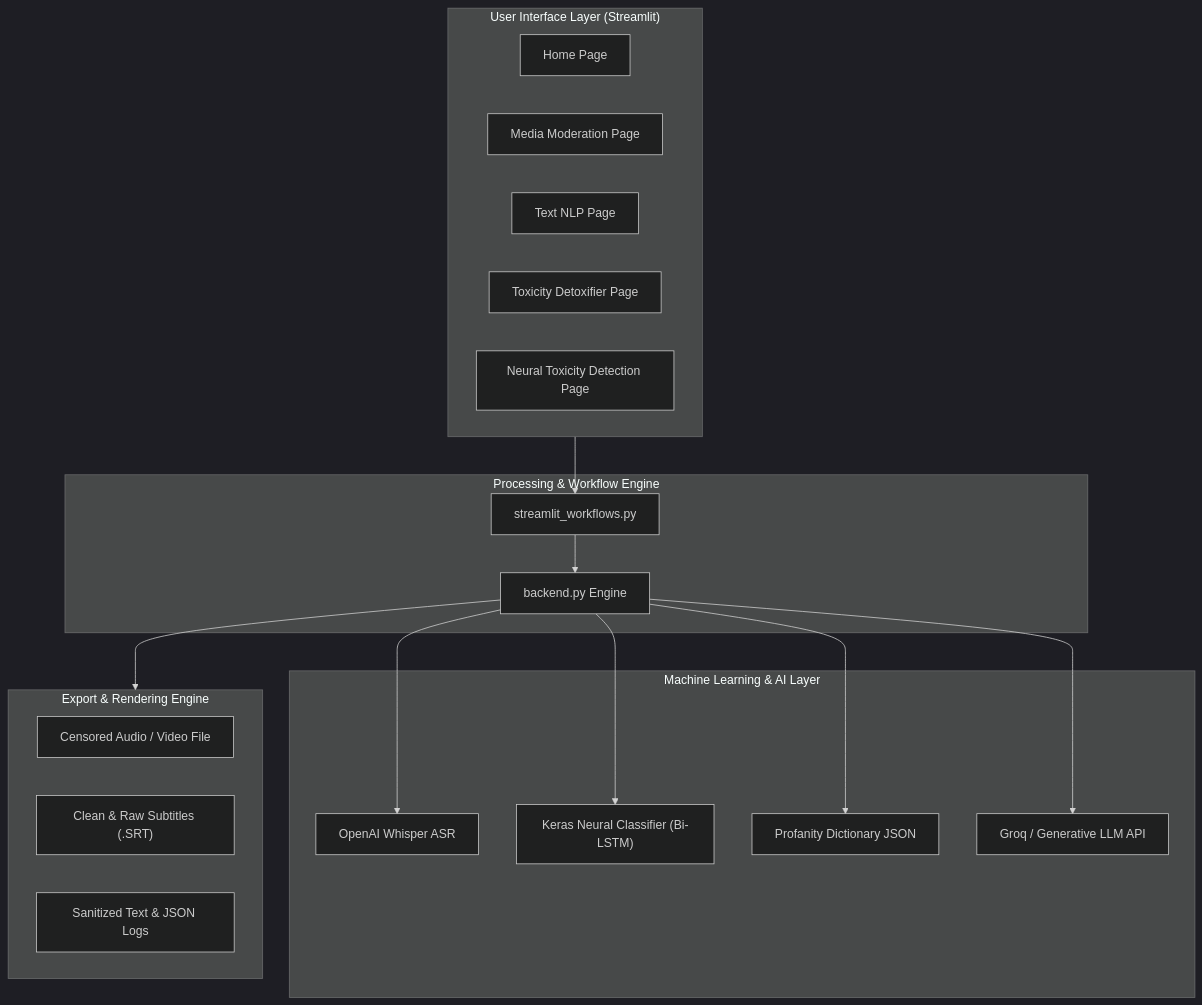
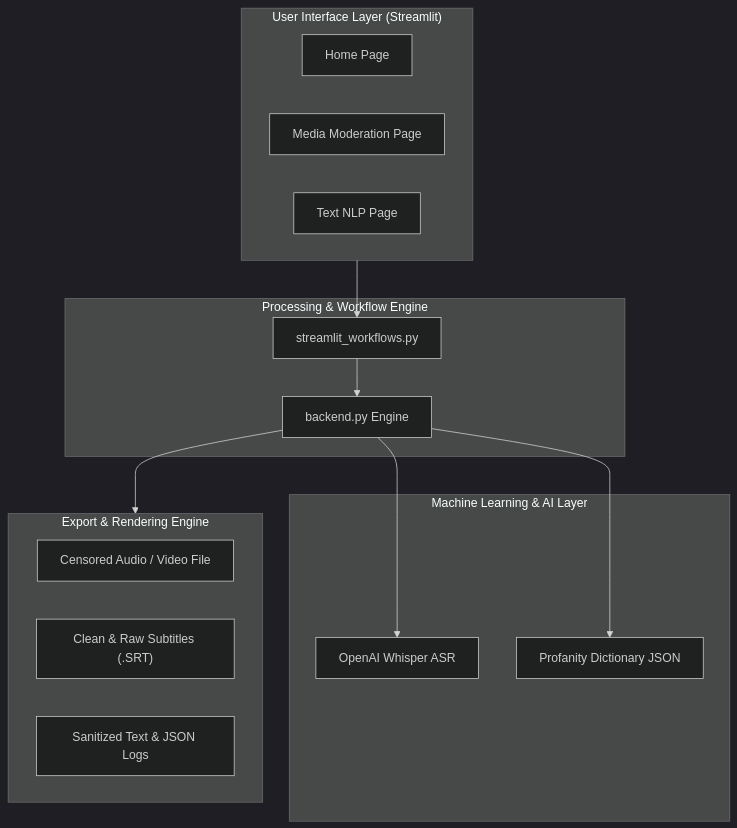
The diagram in README.md (engmohammedsobhy/profanity-cleaner), drawn with Mermaid (dark theme) before and after one commit. The commit also changed other lines of this file and 14 other files, not shown here.

````diff
--- a/README.md
+++ b/README.md
@@ -58,36 +42,30 @@
 ```mermaid
 flowchart TD
     subgraph UI ["User Interface Layer (Streamlit)"]
         Home["Home Page"]
         MediaUI["Media Moderation Page"]
         TextUI["Text NLP Page"]
-        DetoxUI["Toxicity Detoxifier Page"]
-        DetectUI["Neural Toxicity Detection Page"]
     end
 
     subgraph Core ["Processing & Workflow Engine"]
         Workflow["streamlit_workflows.py"]
         Backend["backend.py Engine"]
     end
 
     subgraph Models ["Machine Learning & AI Layer"]
         Whisper["OpenAI Whisper ASR"]
-        ToxModel["Keras Neural Classifier (Bi-LSTM)"]
         Lexicon["Profanity Dictionary JSON"]
-        LLM["Groq / Generative LLM API"]
     end
 
     subgraph Output ["Export & Rendering Engine"]
         MediaOut["Censored Audio / Video File"]
         SRTOut["Clean & Raw Subtitles (.SRT)"]
         TextOut["Sanitized Text & JSON Logs"]
     end
 
     UI --> Workflow
     Workflow --> Backend
     Backend --> Whisper
-    Backend --> ToxModel
     Backend --> Lexicon
-    Backend --> LLM
     Backend --> Output
 ```
````
